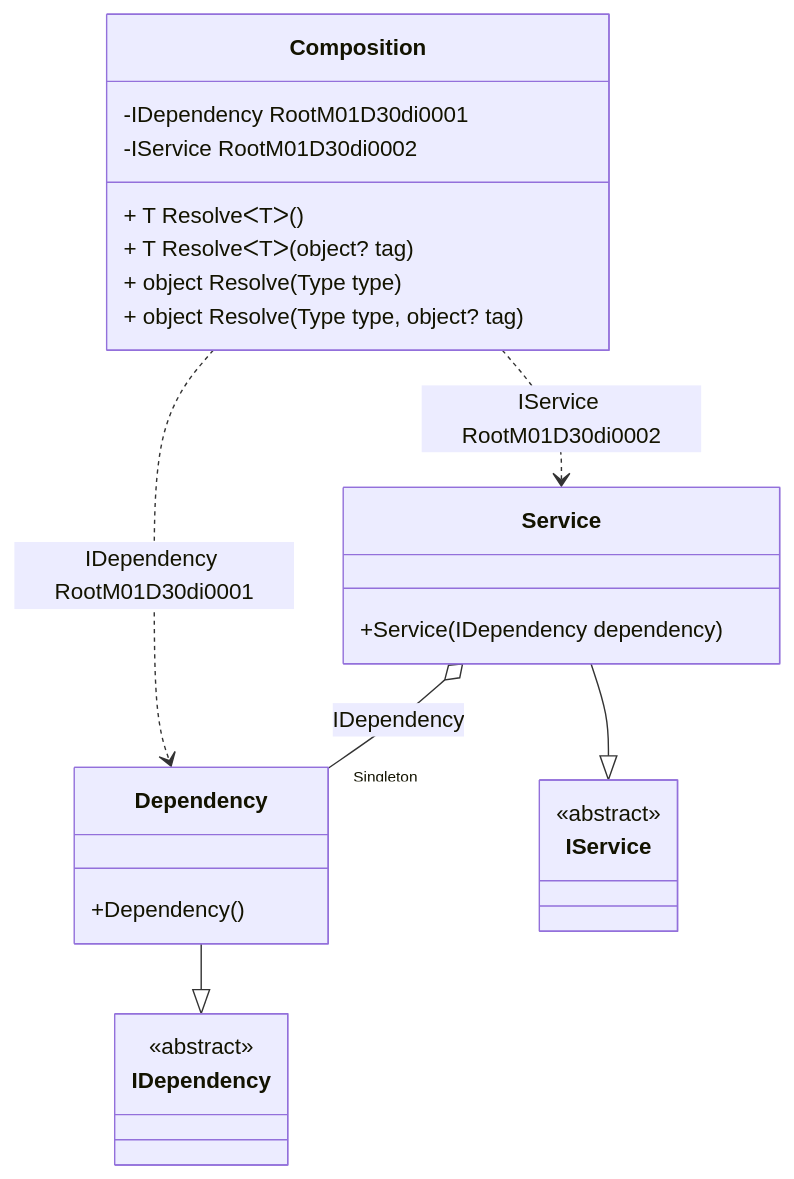
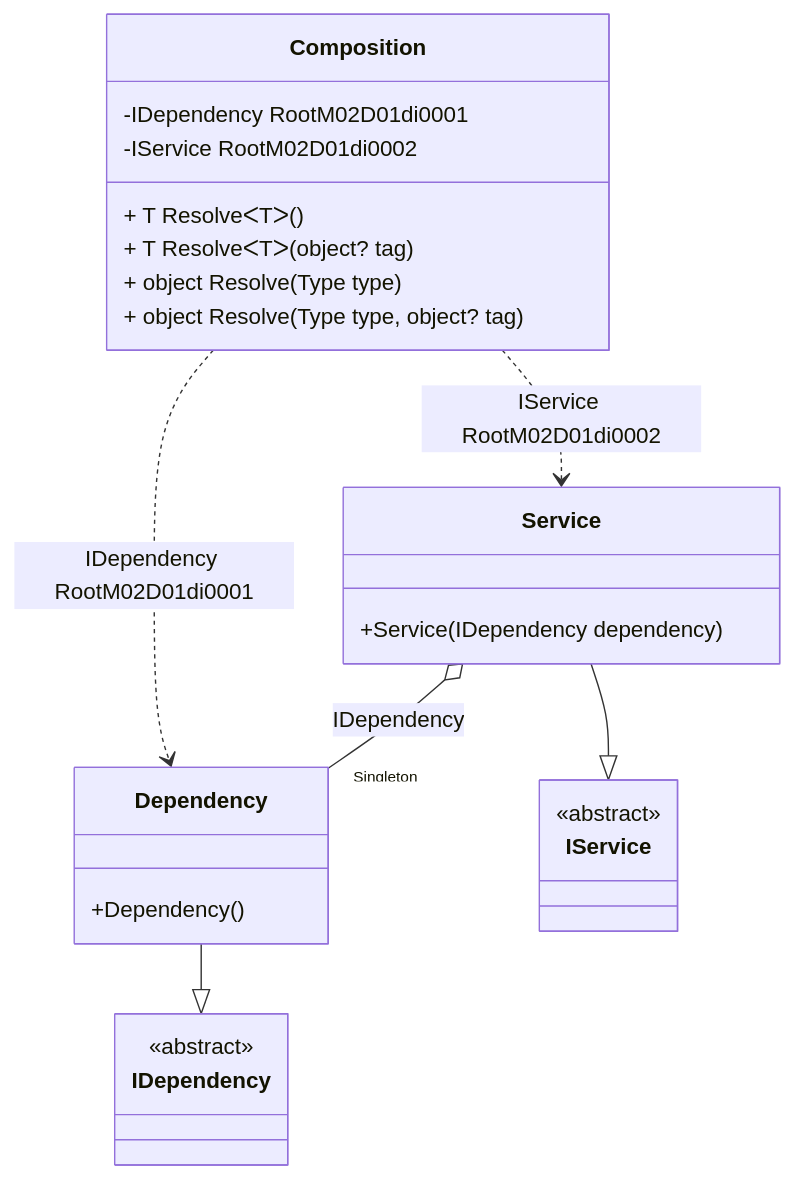
The diagram in readme/service-collection.md (DevTeam/Pure.DI), drawn with Mermaid before and after one commit. The commit also changed other lines of this file and 80 other files, not shown here.

````diff
--- a/readme/service-collection.md
+++ b/readme/service-collection.md
@@ -47,28 +47,28 @@
 ```mermaid
 classDiagram
   class Composition {
-    -IDependency RootM01D30di0001
-    -IService RootM01D30di0002
+    -IDependency RootM02D01di0001
+    -IService RootM02D01di0002
     + T ResolveᐸTᐳ()
     + T ResolveᐸTᐳ(object? tag)
     + object Resolve(Type type)
     + object Resolve(Type type, object? tag)
   }
   Dependency --|> IDependency : 
   class Dependency {
     +Dependency()
   }
   Service --|> IService : 
   class Service {
     +Service(IDependency dependency)
   }
   class IDependency {
     <<abstract>>
   }
   class IService {
     <<abstract>>
   }
   Service o--  "Singleton" Dependency : IDependency
-  Composition ..> Dependency : IDependency RootM01D30di0001
-  Composition ..> Service : IService RootM01D30di0002
+  Composition ..> Dependency : IDependency RootM02D01di0001
+  Composition ..> Service : IService RootM02D01di0002
 ```
````
